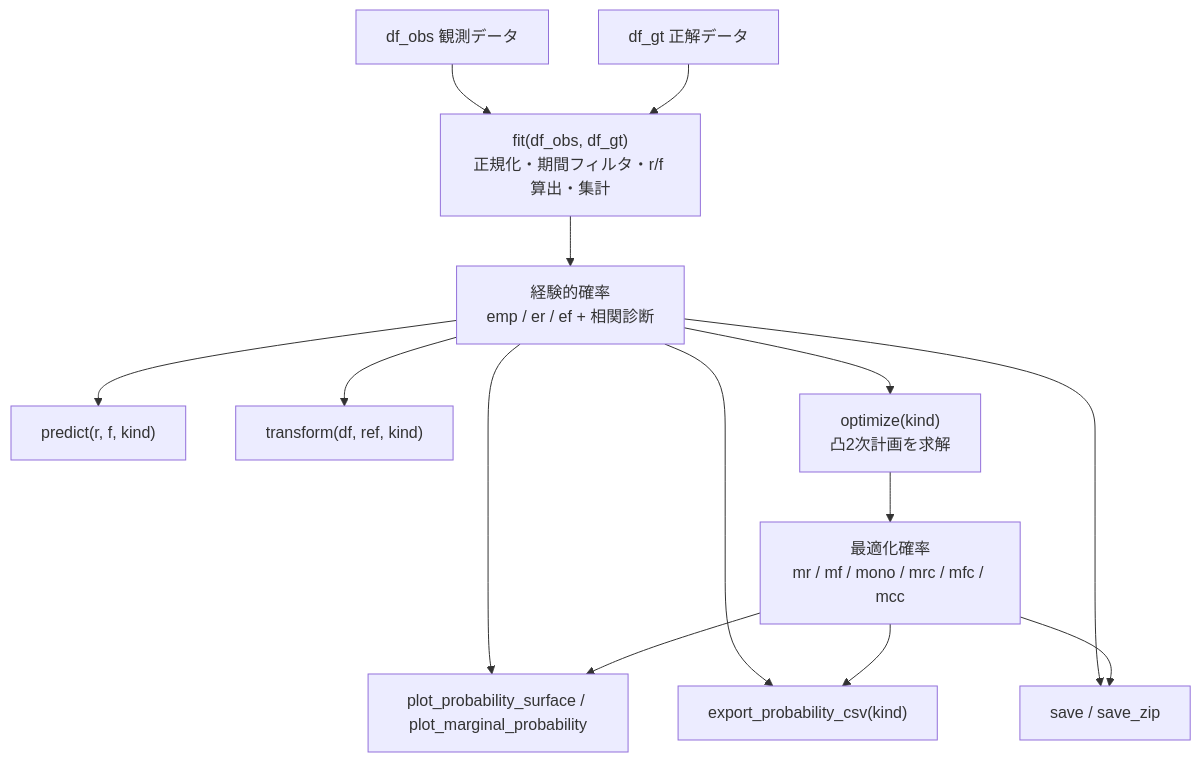
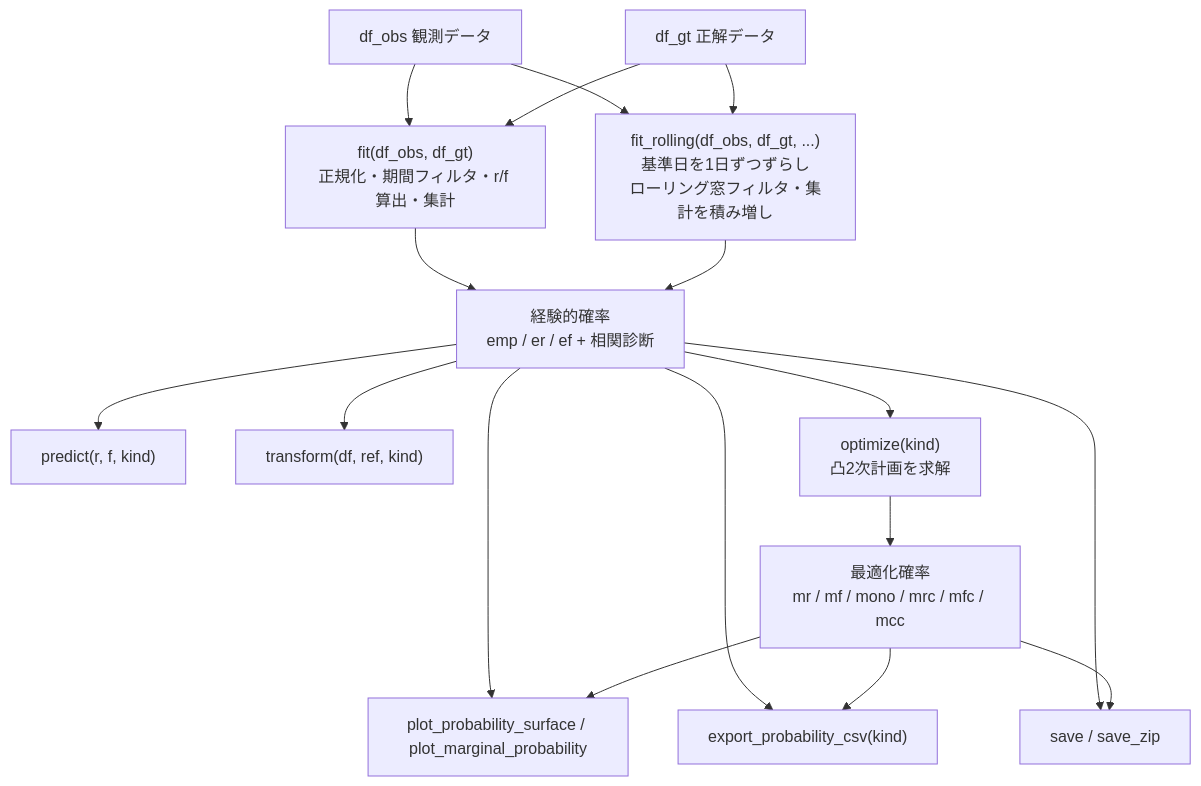
Before and after one commit to jiro-iwanaga/rfscorer: the diagram in docs/functional-design.md, drawn with Mermaid. The commit also changed other lines of this file and 6 other files, not shown here.

Commit message:
imp fit_rolling

````diff
--- a/docs/functional-design.md
+++ b/docs/functional-design.md
@@ -371,20 +393,22 @@
 ```mermaid
 flowchart TD
     OBS[df_obs 観測データ]
     GT[df_gt 正解データ]
     OBS & GT --> FIT["fit(df_obs, df_gt)<br/>正規化・期間フィルタ・r/f 算出・集計"]
+    OBS & GT --> FITR["fit_rolling(df_obs, df_gt, ...)<br/>基準日を1日ずつずらし<br/>ローリング窓フィルタ・集計を積み増し"]
 
     FIT --> EMP[経験的確率<br/>emp / er / ef + 相関診断]
+    FITR --> EMP
 
     EMP --> PRED["predict(r, f, kind)"]
     EMP --> TRANS["transform(df, ref, kind)"]
     EMP --> PLOT["plot_probability_surface / plot_marginal_probability"]
     EMP --> EXP["export_probability_csv(kind)"]
     EMP --> SAVE["save / save_zip"]
 
     EMP --> OPT["optimize(kind)<br/>凸2次計画を求解"]
     OPT --> OPTRES[最適化確率<br/>mr / mf / mono / mrc / mfc / mcc]
     OPTRES --> EXP
     OPTRES --> PLOT
     OPTRES --> SAVE
 ```
````
